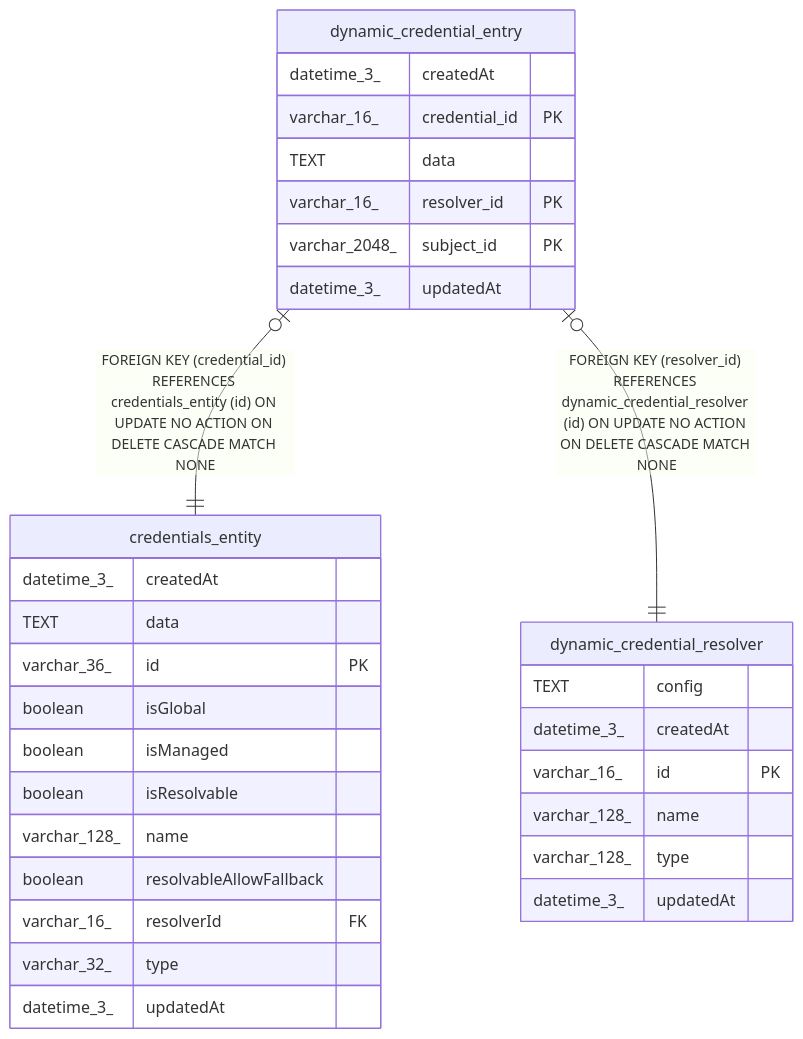
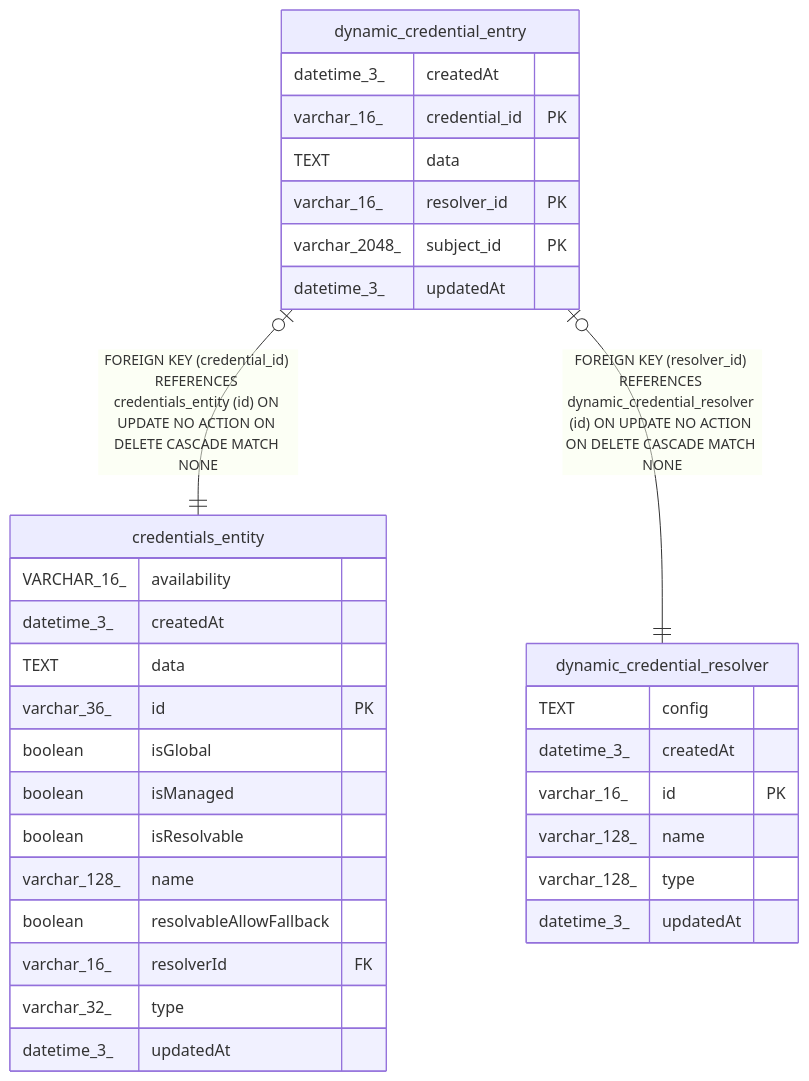
One commit to mayankjain1815-commits/n8n changed the diagram in docs/generated/sqlite-schema/dynamic_credential_entry.md. Above: the diagram before and after it, drawn with Mermaid. The commit also changed 61 other files, not shown here.

````diff
--- a/docs/generated/sqlite-schema/dynamic_credential_entry.md
+++ b/docs/generated/sqlite-schema/dynamic_credential_entry.md
@@ -46,36 +46,37 @@
 ```mermaid
 erDiagram
 
 "dynamic_credential_entry" |o--|| "credentials_entity" : "FOREIGN KEY (credential_id) REFERENCES credentials_entity (id) ON UPDATE NO ACTION ON DELETE CASCADE MATCH NONE"
 "dynamic_credential_entry" |o--|| "dynamic_credential_resolver" : "FOREIGN KEY (resolver_id) REFERENCES dynamic_credential_resolver (id) ON UPDATE NO ACTION ON DELETE CASCADE MATCH NONE"
 
 "dynamic_credential_entry" {
   datetime_3_ createdAt
   varchar_16_ credential_id PK
   TEXT data
   varchar_16_ resolver_id PK
   varchar_2048_ subject_id PK
   datetime_3_ updatedAt
 }
 "credentials_entity" {
+  VARCHAR_16_ availability
   datetime_3_ createdAt
   TEXT data
   varchar_36_ id PK
   boolean isGlobal
   boolean isManaged
   boolean isResolvable
   varchar_128_ name
   boolean resolvableAllowFallback
   varchar_16_ resolverId FK
   varchar_32_ type
   datetime_3_ updatedAt
 }
 "dynamic_credential_resolver" {
   TEXT config
   datetime_3_ createdAt
   varchar_16_ id PK
   varchar_128_ name
   varchar_128_ type
   datetime_3_ updatedAt
 }
 ```
````
